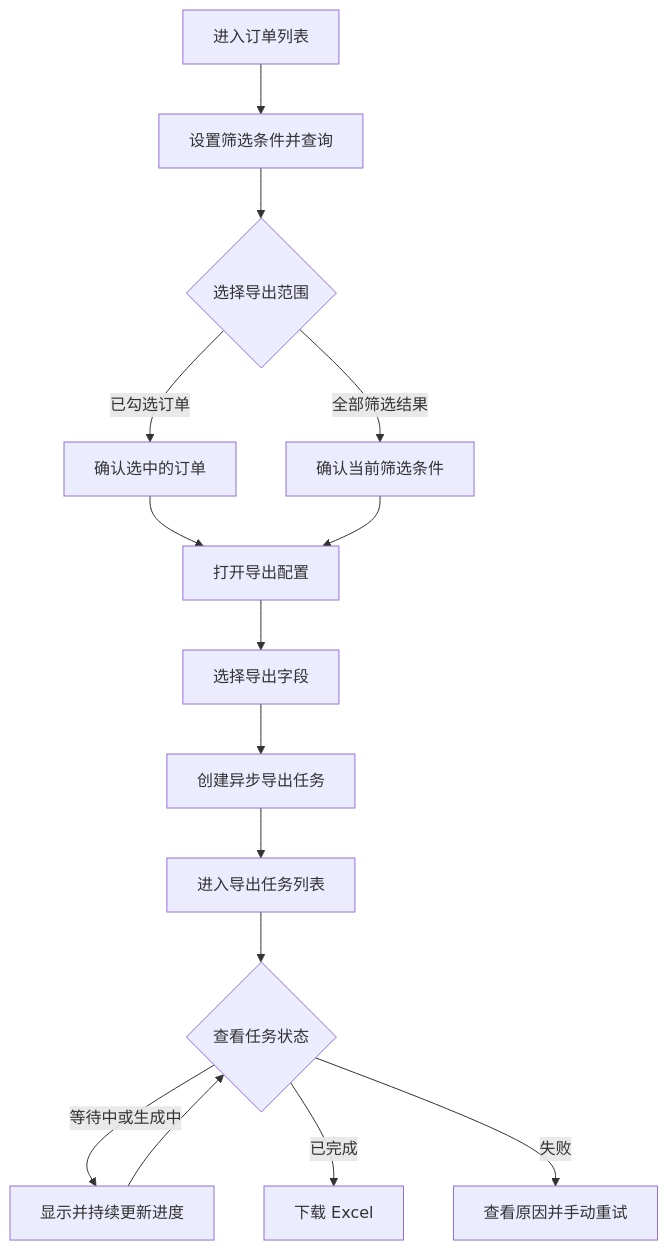
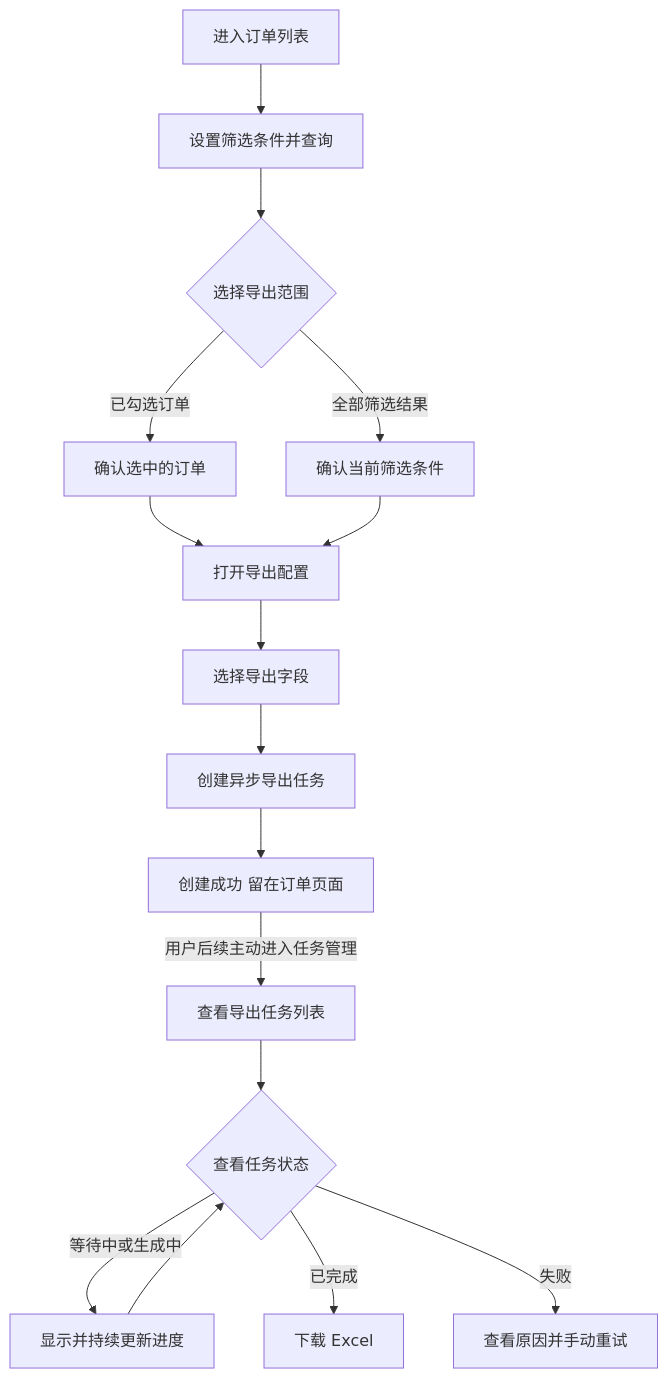
One commit to yxyxy666/export-flow changed the diagram in docs/product/order-export-prd.md. Above: the diagram before and after it, drawn with Mermaid. The commit also changed other lines of this file and 15 other files, not shown here.

````diff
--- a/docs/product/order-export-prd.md
+++ b/docs/product/order-export-prd.md
@@ -51,17 +51,18 @@
 ```mermaid
 flowchart TD
     A[进入订单列表] --> B[设置筛选条件并查询]
     B --> C{选择导出范围}
     C -->|已勾选订单| D[确认选中的订单]
     C -->|全部筛选结果| E[确认当前筛选条件]
     D --> F[打开导出配置]
     E --> F
     F --> G[选择导出字段]
     G --> H[创建异步导出任务]
-    H --> I[进入导出任务列表]
+    H --> N[创建成功 留在订单页面]
+    N -->|用户后续主动进入任务管理| I[查看导出任务列表]
     I --> J{查看任务状态}
     J -->|等待中或生成中| K[显示并持续更新进度]
     K --> J
     J -->|已完成| L[下载 Excel]
     J -->|失败| M[查看原因并手动重试]
 ```
````
